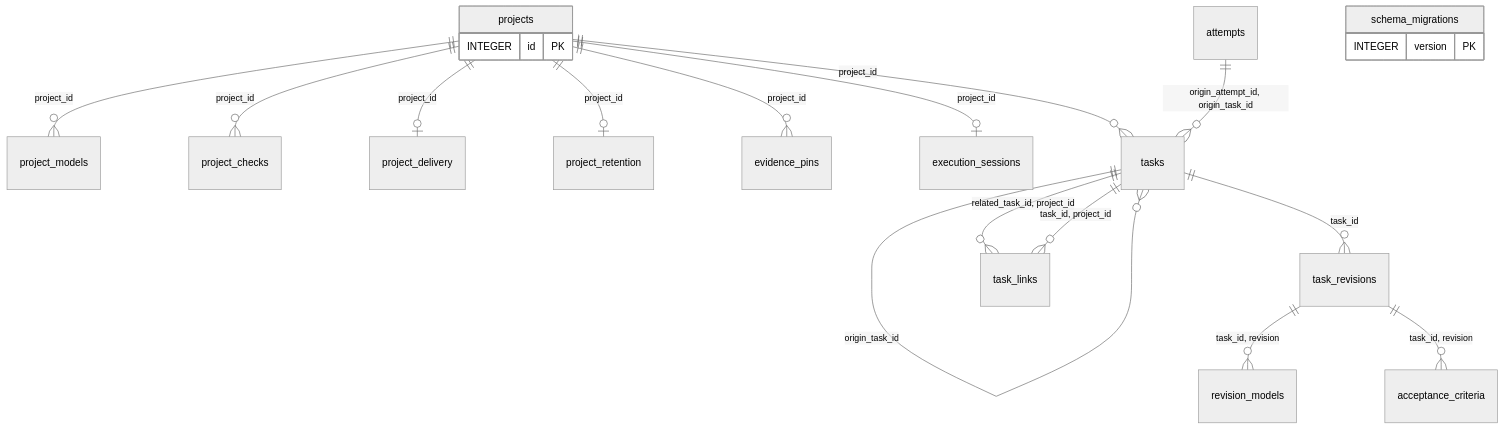
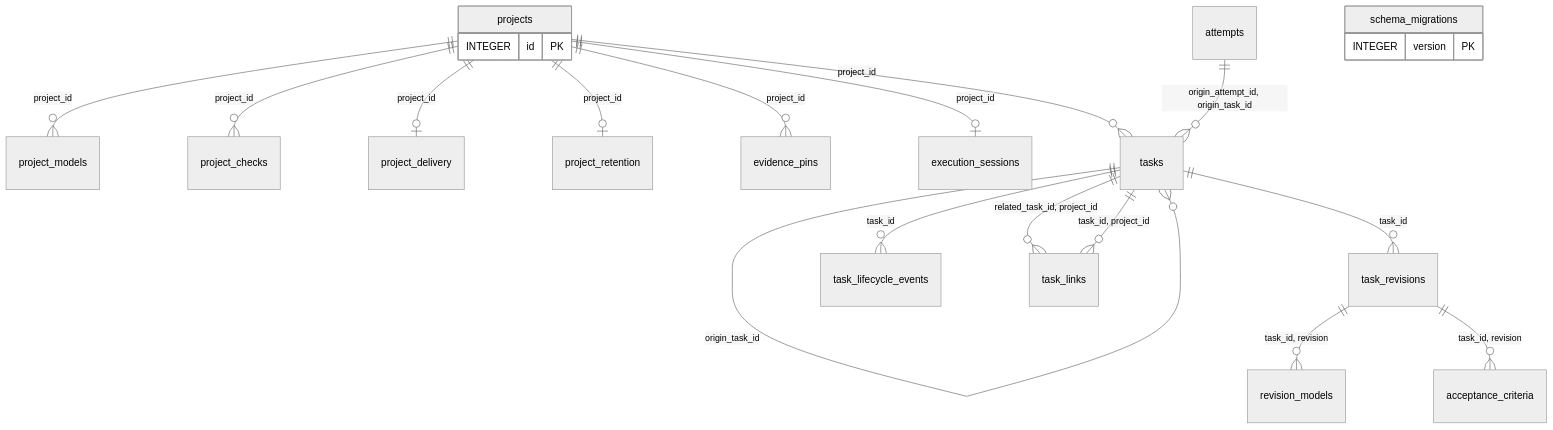
Before and after one commit to IllyaYalovyy/ktask-rs: the first of 3 diagrams in docs/STORAGE.md, drawn with Mermaid (neutral theme). The commit also changed other lines of this file and 21 other files, not shown here.

````diff
--- a/docs/STORAGE.md
+++ b/docs/STORAGE.md
@@ -141,24 +141,25 @@
 ```mermaid
 erDiagram
     projects {
         INTEGER id PK
     }
     projects ||--o{ project_models : "project_id"
     projects ||--o{ project_checks : "project_id"
     projects ||--o| project_delivery : "project_id"
     projects ||--o| project_retention : "project_id"
     projects ||--o{ evidence_pins : "project_id"
     projects ||--o| execution_sessions : "project_id"
     projects ||--o{ tasks : "project_id"
     tasks ||--o{ tasks : "recovery_root_id"
     tasks ||--o{ tasks : "origin_task_id"
     attempts ||--o{ tasks : "origin_attempt_id, origin_task_id"
     tasks ||--o{ task_revisions : "task_id"
+    tasks ||--o{ task_lifecycle_events : "task_id"
     task_revisions ||--o{ revision_models : "task_id, revision"
     task_revisions ||--o{ acceptance_criteria : "task_id, revision"
     tasks ||--o{ task_links : "related_task_id, project_id"
     tasks ||--o{ task_links : "task_id, project_id"
     schema_migrations {
         INTEGER version PK
     }
 ```
````
